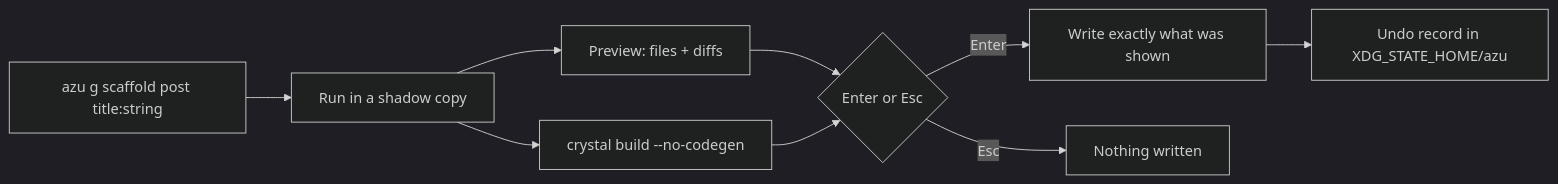
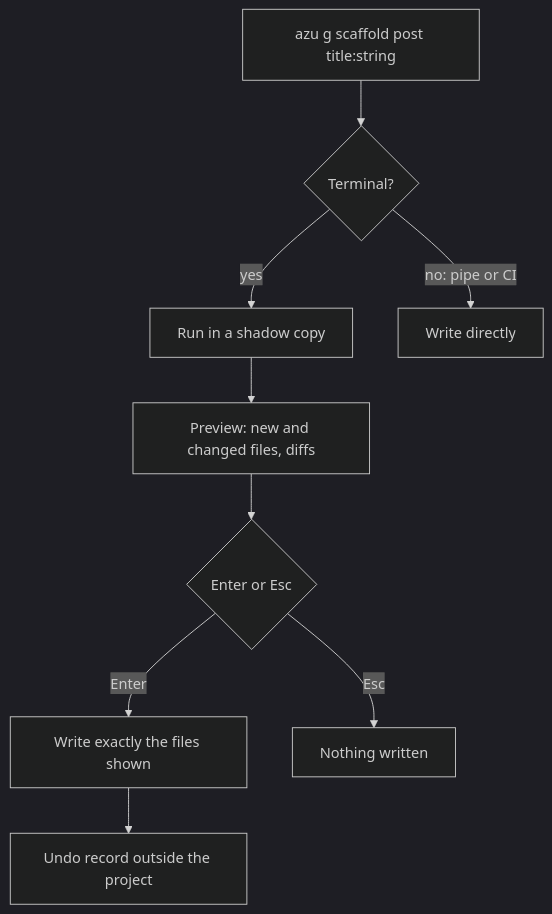
One commit to azutoolkit/azu_cli changed the diagram in docs/command-reference/azu-generate.md. Above: the diagram before and after it, drawn with Mermaid (dark theme). The commit also changed other lines of this file and 100 other files, not shown here.

````diff
--- a/docs/command-reference/azu-generate.md
+++ b/docs/command-reference/azu-generate.md
@@ -14,11 +13,11 @@
 ```mermaid
-flowchart LR
-  A["azu g scaffold post title:string"] --> B["Run in a shadow copy"]
-  B --> C["Preview: files + diffs"]
-  B --> D["crystal build --no-codegen"]
-  C --> E{"Enter or Esc"}
-  D --> E
-  E -->|Enter| F["Write exactly what was shown"]
-  F --> G["Undo record in XDG_STATE_HOME/azu"]
+flowchart TD
+  A["azu g scaffold post title:string"] --> B{"Terminal?"}
+  B -->|yes| C["Run in a shadow copy"]
+  C --> D["Preview: new and changed files, diffs"]
+  D --> E{"Enter or Esc"}
+  E -->|Enter| F["Write exactly the files shown"]
+  F --> G["Undo record outside the project"]
   E -->|Esc| H["Nothing written"]
+  B -->|no: pipe or CI| I["Write directly"]
 ```
````
